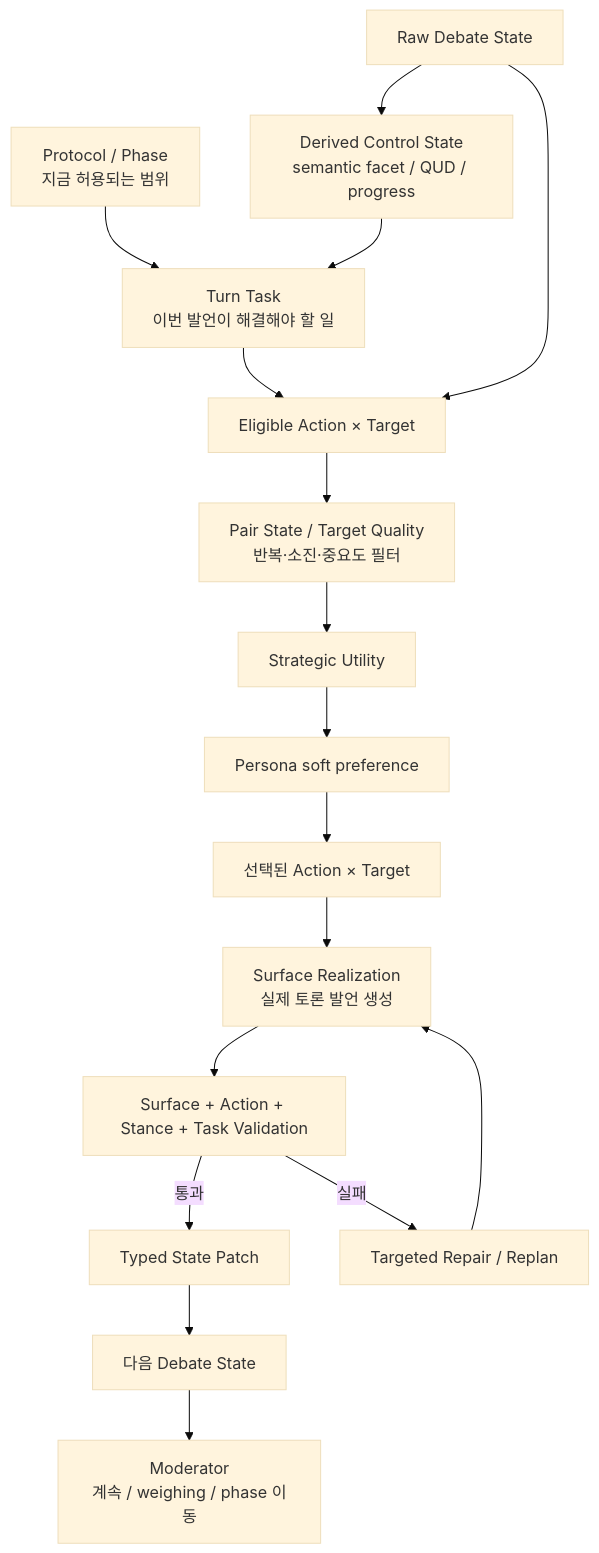
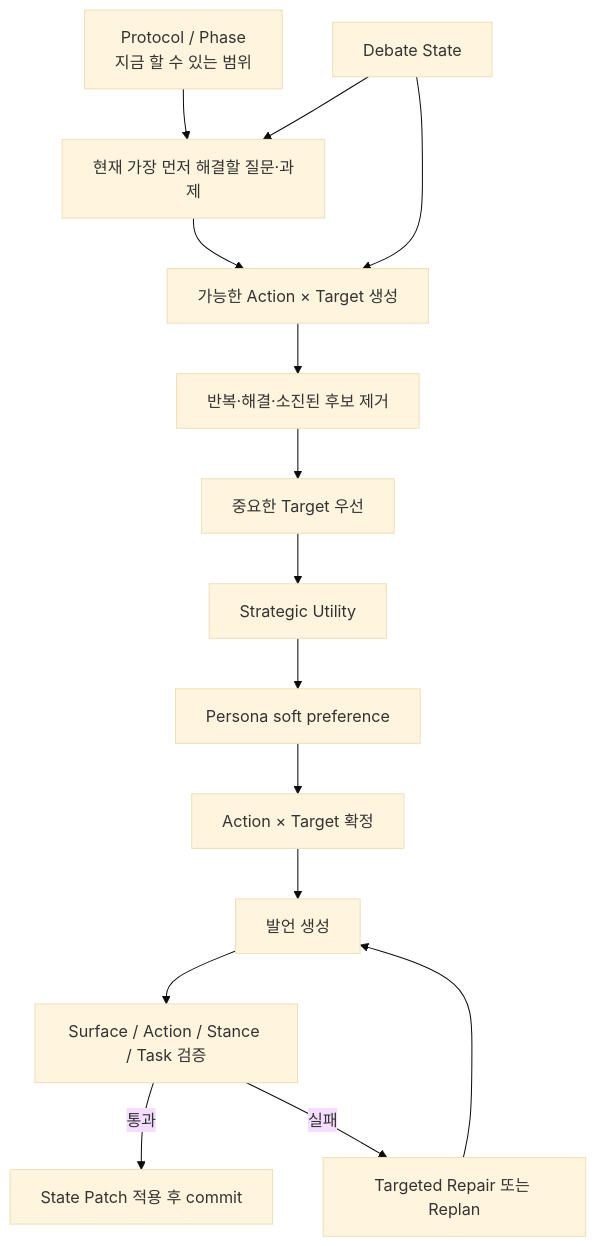
The fourth of 8 diagrams in README.md (hodob/A1-3), drawn with Mermaid (base theme) before and after one commit. The commit also changed other lines of this file, not shown here.

Commit message:
Refine README visual architecture and readability

````diff
--- a/README.md
+++ b/README.md
@@ -150,19 +202,21 @@
 ```mermaid
 flowchart TD
-    P[Protocol / Phase<br/>지금 허용되는 범위] --> T[Turn Task<br/>이번 발언이 해결해야 할 일]
-    S[Raw Debate State] --> C[Derived Control State<br/>semantic facet / QUD / progress]
-    C --> T
-    T --> E[Eligible Action × Target]
+    P[Protocol / Phase<br/>지금 할 수 있는 범위] --> Q[현재 가장 먼저 해결할 질문·과제]
+    S[Debate State] --> Q
+
+    Q --> E[가능한 Action × Target 생성]
     S --> E
-    E --> F[Pair State / Target Quality<br/>반복·소진·중요도 필터]
-    F --> G[Strategic Utility]
-    G --> H[Persona soft preference]
-    H --> A[선택된 Action × Target]
-    A --> R[Surface Realization<br/>실제 토론 발언 생성]
-    R --> V[Surface + Action + Stance + Task Validation]
-    V -->|통과| SP[Typed State Patch]
-    V -->|실패| RR[Targeted Repair / Replan]
-    RR --> R
-    SP --> NS[다음 Debate State]
-    NS --> M[Moderator<br/>계속 / weighing / phase 이동]
+
+    E --> F[반복·해결·소진된 후보 제거]
+    F --> T[중요한 Target 우선]
+    T --> U[Strategic Utility]
+    U --> R[Persona soft preference]
+    R --> A[Action × Target 확정]
+
+    A --> G[발언 생성]
+    G --> V[Surface / Action / Stance / Task 검증]
+
+    V -->|통과| C[State Patch 적용 후 commit]
+    V -->|실패| X[Targeted Repair 또는 Replan]
+    X --> G
 ```
````
